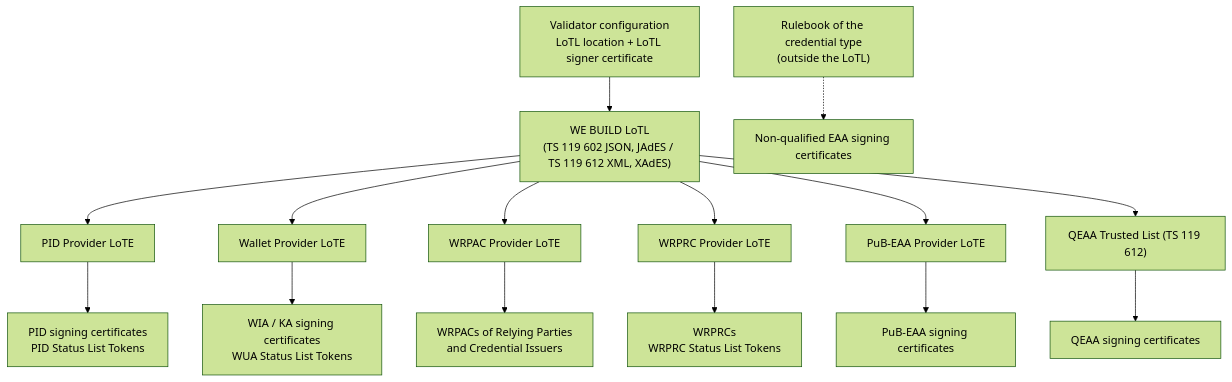
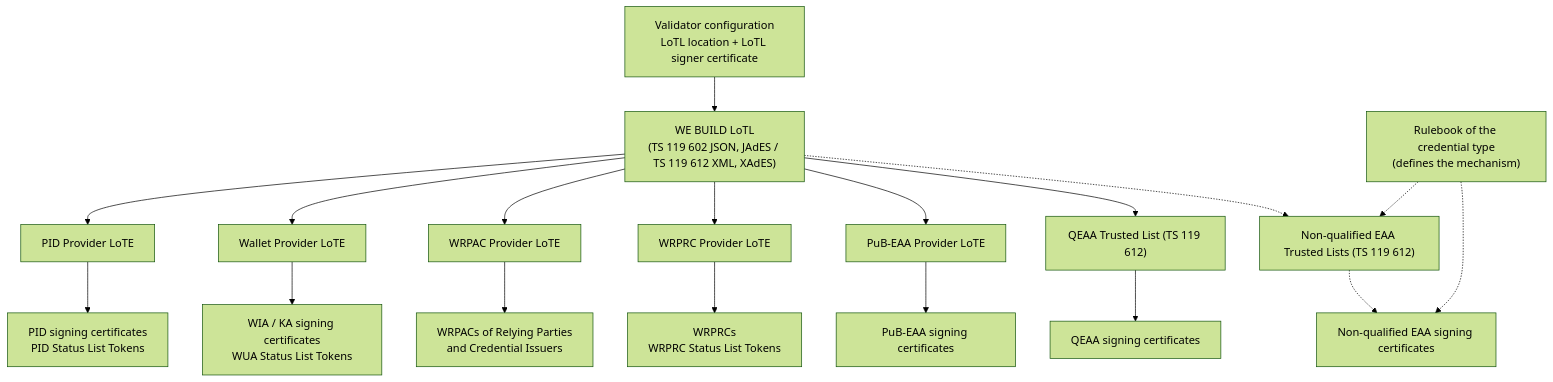
The first of 2 diagrams in conformance-specs/cs-18-baseline-trust-validation.md (webuild-consortium/wp4-architecture), drawn with Mermaid (forest theme) before and after one commit. The commit also changed other lines of this file, not shown here.

First line of the commit message:
cs-18: let the Rulebook decide the EAA trust list

````diff
--- a/conformance-specs/cs-18-baseline-trust-validation.md
+++ b/conformance-specs/cs-18-baseline-trust-validation.md
@@ -135,20 +136,24 @@
 ```mermaid
 flowchart TB
     CFG["Validator configuration<br/>LoTL location + LoTL signer certificate"]
     LOTL["WE BUILD LoTL<br/>(TS 119 602 JSON, JAdES / TS 119 612 XML, XAdES)"]
     CFG --> LOTL
     LOTL --> PID["PID Provider LoTE"]
     LOTL --> WP["Wallet Provider LoTE"]
     LOTL --> AC["WRPAC Provider LoTE"]
     LOTL --> RC["WRPRC Provider LoTE"]
     LOTL --> PUB["PuB-EAA Provider LoTE"]
     LOTL --> QTL["QEAA Trusted List (TS 119 612)"]
     PID --> PIDC["PID signing certificates<br/>PID Status List Tokens"]
     WP --> WPC["WIA / KA signing certificates<br/>WUA Status List Tokens"]
     AC --> ACC["WRPACs of Relying Parties<br/>and Credential Issuers"]
     RC --> RCC["WRPRCs<br/>WRPRC Status List Tokens"]
     PUB --> PUBC["PuB-EAA signing certificates"]
     QTL --> QC["QEAA signing certificates"]
-    RB["Rulebook of the credential type<br/>(outside the LoTL)"]
-    RB -.-> NEC["Non-qualified EAA signing certificates"]
+    RB["Rulebook of the credential type<br/>(defines the mechanism)"]
+    EAL["Non-qualified EAA Trusted Lists (TS 119 612)"]
+    RB -.-> EAL
+    LOTL -.-> EAL
+    EAL -.-> NEC["Non-qualified EAA signing certificates"]
+    RB -.-> NEC
 ```
````
